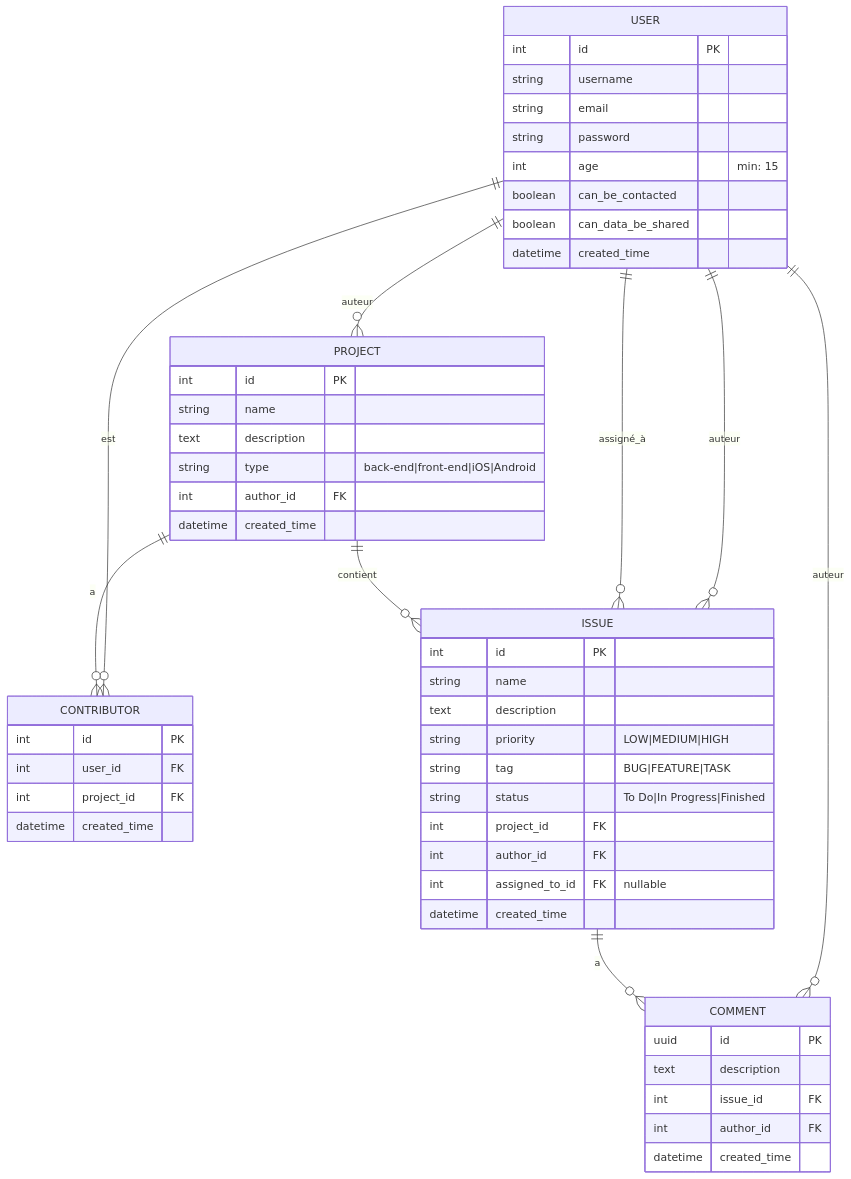
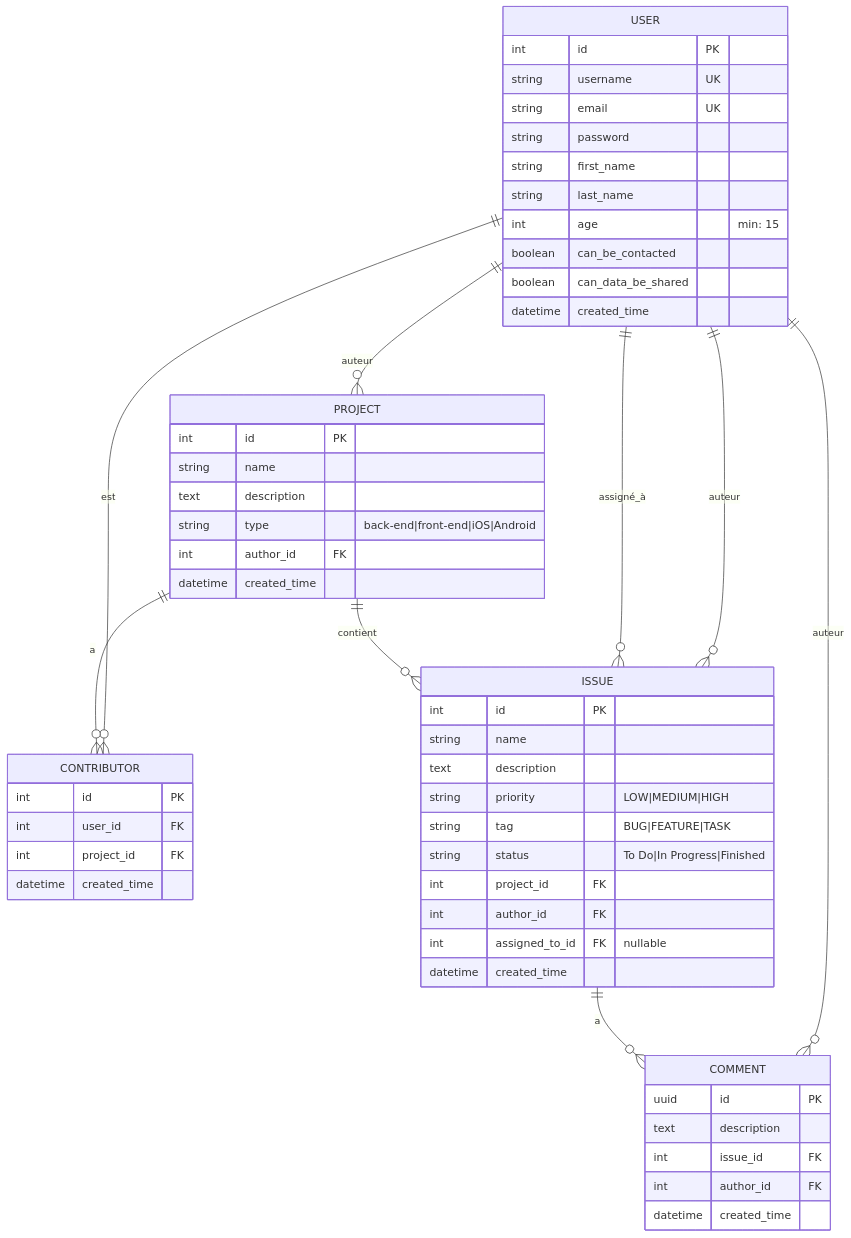
The diagram in docs/architecture/mcd.md (SebGris/project-10-django-REST), drawn with Mermaid before and after one commit. The commit also changed other lines of this file and 1 other file, not shown here.

````diff
--- a/docs/architecture/mcd.md
+++ b/docs/architecture/mcd.md
@@ -13,61 +15,63 @@
 ```mermaid
 erDiagram
     USER ||--o{ PROJECT : "auteur"
     USER ||--o{ CONTRIBUTOR : "est"
     USER ||--o{ ISSUE : "auteur"
     USER ||--o{ COMMENT : "auteur"
     USER ||--o{ ISSUE : "assigné_à"
     
     PROJECT ||--o{ CONTRIBUTOR : "a"
     PROJECT ||--o{ ISSUE : "contient"
     
     ISSUE ||--o{ COMMENT : "a"
     
     USER {
         int id PK
-        string username
-        string email
+        string username UK
+        string email UK
         string password
+        string first_name
+        string last_name
         int age "min: 15"
         boolean can_be_contacted
         boolean can_data_be_shared
         datetime created_time
     }
     
     PROJECT {
         int id PK
         string name
         text description
         string type "back-end|front-end|iOS|Android"
         int author_id FK
         datetime created_time
     }
     
     CONTRIBUTOR {
         int id PK
         int user_id FK
         int project_id FK
         datetime created_time
     }
     
     ISSUE {
         int id PK
         string name
         text description
         string priority "LOW|MEDIUM|HIGH"
         string tag "BUG|FEATURE|TASK"
         string status "To Do|In Progress|Finished"
         int project_id FK
         int author_id FK
         int assigned_to_id FK "nullable"
         datetime created_time
     }
     
     COMMENT {
         uuid id PK
         text description
         int issue_id FK
         int author_id FK
         datetime created_time
     }
 ```
````
